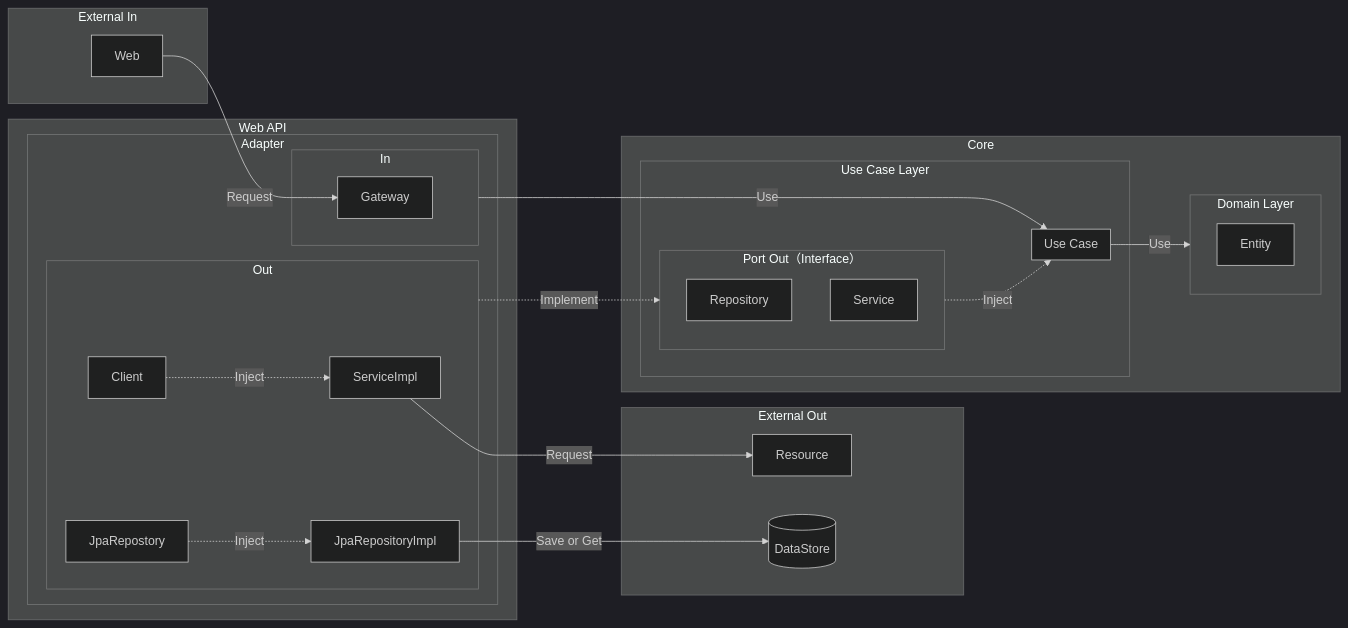
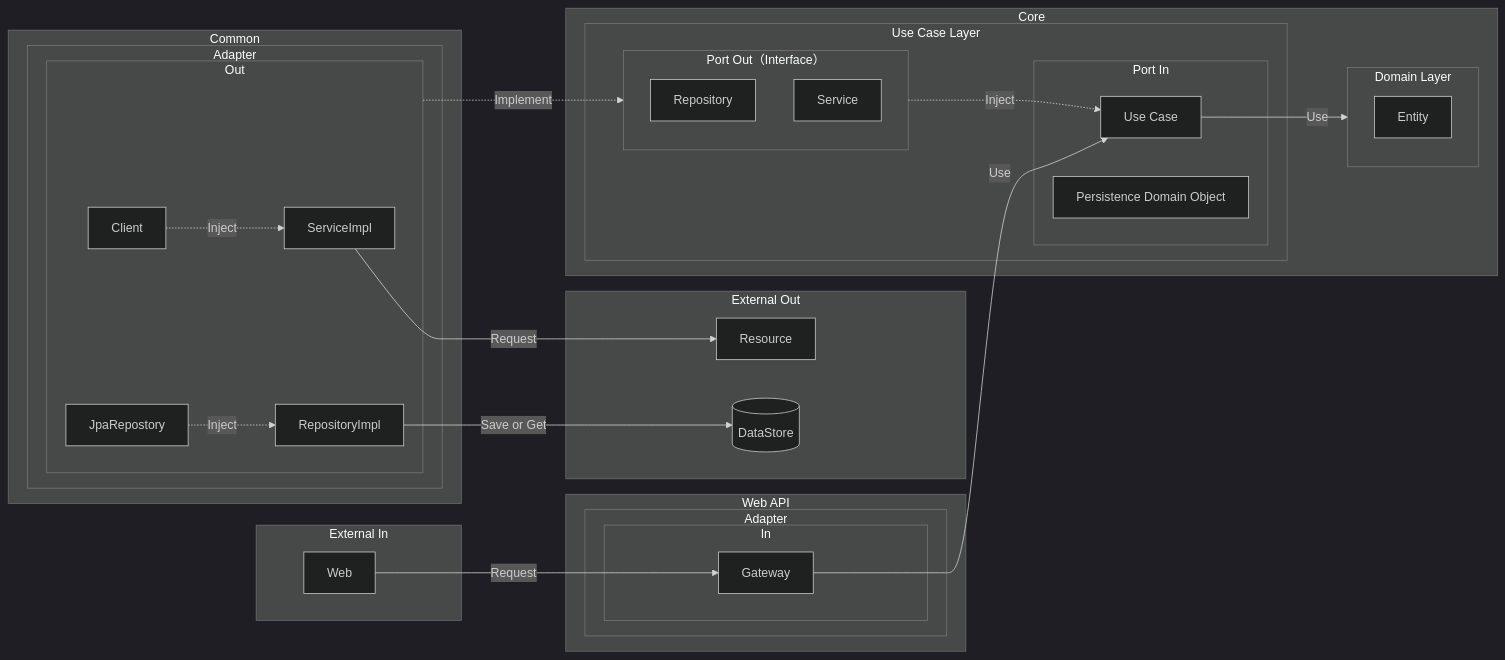
The diagram in README.md (axuanhogan/clean-architecture-implementation), drawn with Mermaid (dark theme) before and after one commit.

Commit message:
調整 README.md

````diff
--- a/README.md
+++ b/README.md
@@ -10,52 +10,58 @@
 ```mermaid
 graph LR
-		
 	subgraph External Out
 		resource[Resource]
 		data-store[(DataStore)]
 	end
 		
 	subgraph External In
 		web[Web]
 	end
 	
 	subgraph web-api[Web API]
-        subgraph adapter[Adapter]
-            subgraph adapter-in[In]
-                adapter-in-gateway[Gateway]
+        subgraph web-api-adapter[Adapter]
+            subgraph web-api-adapter-in[In]
+                web-api-adapter-in-gateway[Gateway]
             end
-            subgraph adapter-out[Out]
-                adapter-out-service-impl[ServiceImpl]
-                adapter-out-jpa-repo-impl[JpaRepositoryImpl]
-                adapter-out-client[Client]
-                adapter-out-jpa-repo[JpaRepostory]
+        end
+    end
+	
+	subgraph common[Common]
+        subgraph common-adapter[Adapter]
+            subgraph common-adapter-out[Out]
+                common-adapter-out-service-impl[ServiceImpl]
+                common-adapter-out-repo-impl[RepositoryImpl]
+                common-adapter-out-client[Client]
+                common-adapter-out-jpa-repo[JpaRepostory]
             end
         end
     end
 	
 	subgraph core[Core]
 		subgraph domain-layer[Domain Layer]
 			Entity
 		end
 		subgraph use-case-layer[Use Case Layer]
             subgraph port-out[Port Out（Interface）]
                 port-out-repo[Repository]
                 port-out-service[Service]
             end
-            subgraph use-case[Use Case]
-            end
+            subgraph port-in[Port In]
+				use-case[Use Case]
+				pdo[Persistence Domain Object]
+			end
 		end
 	end
 	
-	web -- Request --> adapter-in-gateway
+	web -- Request --> web-api-adapter-in-gateway
 	
-	adapter-in -- Use --> use-case
+	web-api-adapter-in-gateway -- Use --> use-case
 	use-case -- Use --> domain-layer
-	adapter-out-client -. Inject .-> adapter-out-service-impl
-	adapter-out-jpa-repo -. Inject .-> adapter-out-jpa-repo-impl
-	adapter-out -. Implement .-> port-out
+	common-adapter-out-client -. Inject .-> common-adapter-out-service-impl
+	common-adapter-out-jpa-repo -. Inject .-> common-adapter-out-repo-impl
+	common-adapter-out -. Implement .-> port-out
 	port-out -. Inject .-> use-case
 	
-	adapter-out-jpa-repo-impl -- Save or Get --> data-store
-	adapter-out-service-impl -- Request --> resource
+	common-adapter-out-repo-impl -- Save or Get --> data-store
+	common-adapter-out-service-impl -- Request --> resource
 ```
````
